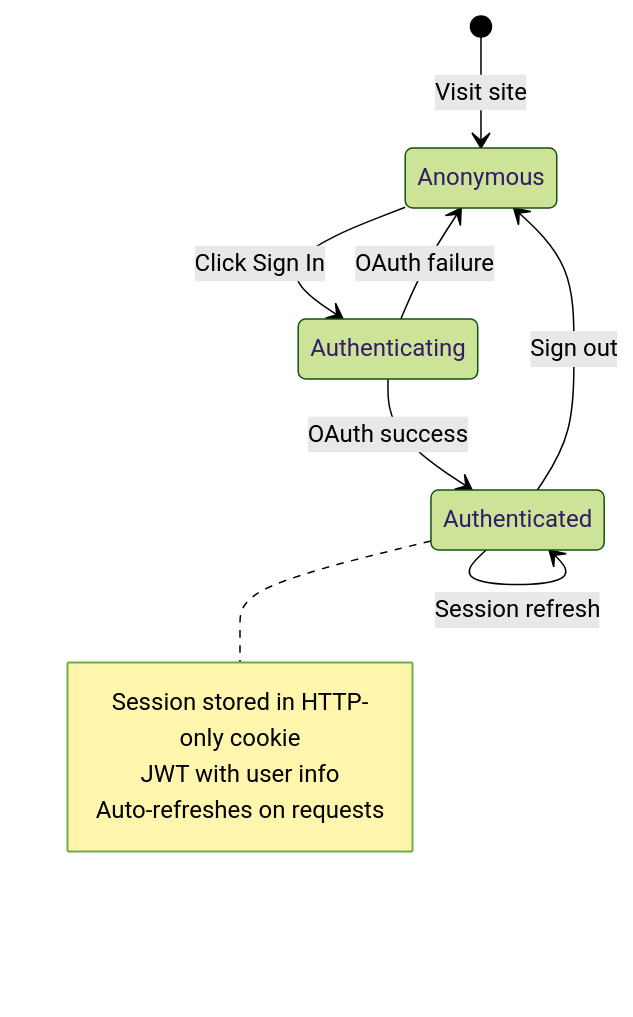
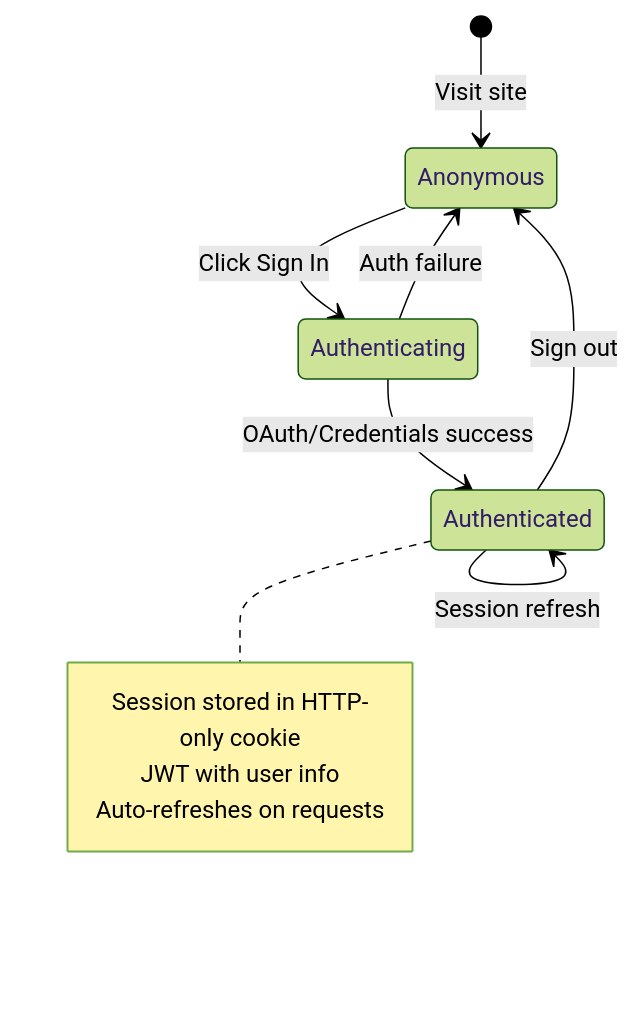
One commit to HousingIQ/housingiq-app changed the third of 5 diagrams in docs/04-authentication.md. Above: the diagram before and after it, drawn with Mermaid (forest theme). The commit also changed other lines of this file and 13 other files, not shown here.

````diff
--- a/docs/04-authentication.md
+++ b/docs/04-authentication.md
@@ -38,15 +96,15 @@
 ```mermaid
 stateDiagram-v2
     [*] --> Anonymous: Visit site
     Anonymous --> Authenticating: Click Sign In
-    Authenticating --> Authenticated: OAuth success
-    Authenticating --> Anonymous: OAuth failure
+    Authenticating --> Authenticated: OAuth/Credentials success
+    Authenticating --> Anonymous: Auth failure
     Authenticated --> Anonymous: Sign out
     Authenticated --> Authenticated: Session refresh
 
     note right of Authenticated
         Session stored in HTTP-only cookie
         JWT with user info
         Auto-refreshes on requests
     end note
 ```
````
